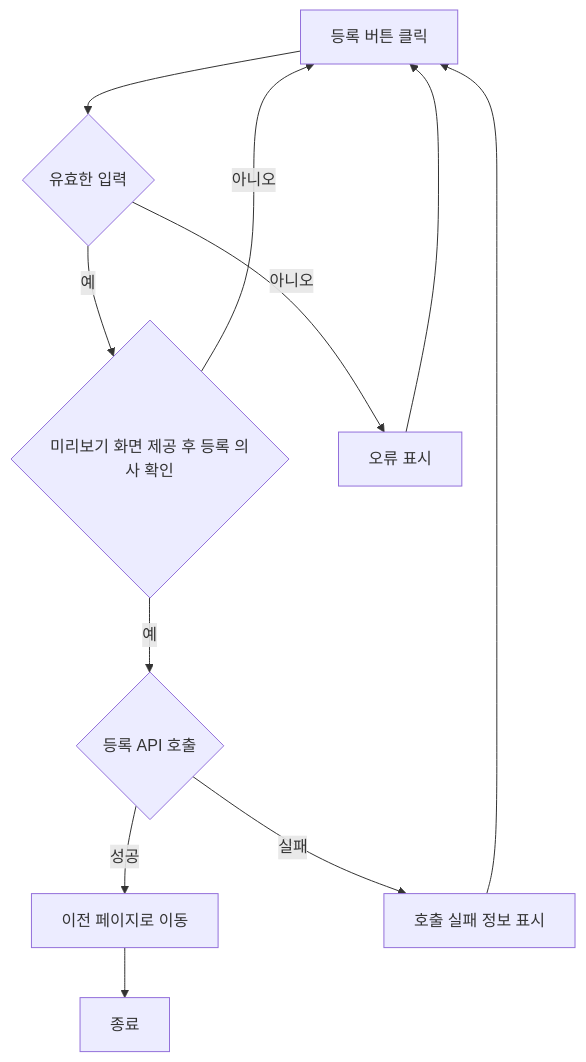
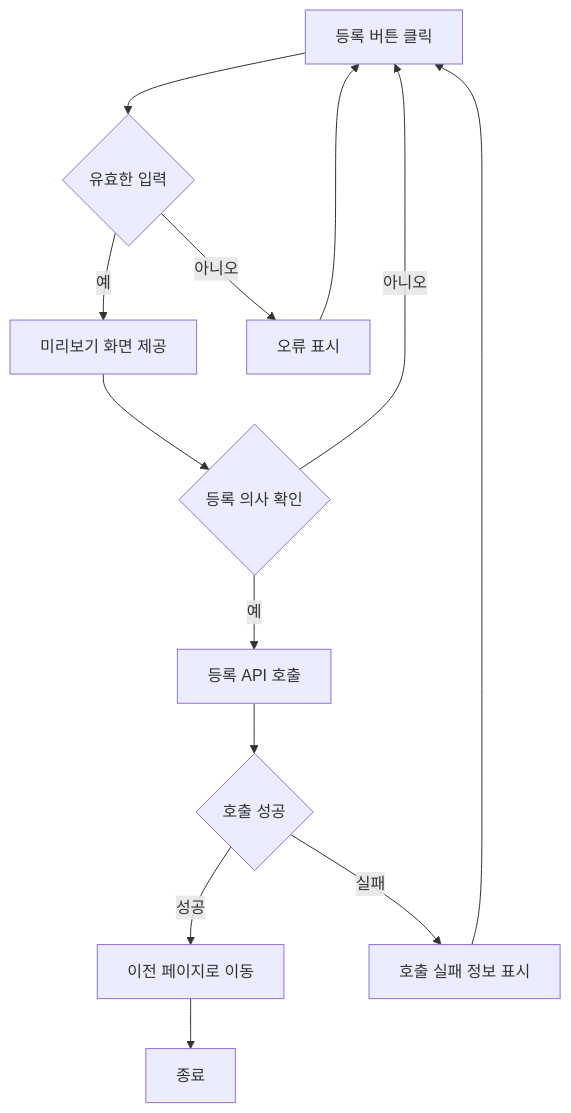
One commit to Dev-FE-2/3_swim_diary changed diagram 22 of 22 in design/기능정의서.md. Above: the diagram before and after it, drawn with Mermaid. The commit also changed other lines of this file, not shown here.

Commit message:
다이어그램수정#2

````diff
--- a/design/기능정의서.md
+++ b/design/기능정의서.md
@@ -589,11 +590,11 @@
     ```mermaid
     flowchart TD
     E[종료]
     A[등록 버튼 클릭] --> B{유효한 입력}
-    B -- 예 --> B1{미리보기 화면 제공 후 등록 의사 확인}
+    B -- 예 --> B1[미리보기 화면 제공] --> B5{등록 의사 확인}
     B -- 아니오 --> B2[오류 표시] --> A
-    B1 -- 예 --> B4{등록 API 호출}
-    B1 -- 아니오 --> A
-    B4 -- 성공 --> C[이전 페이지로 이동] --> E
-    B4 -- 실패 --> B3[호출 실패 정보 표시] --> A
+    B5 -- 예 --> B4[등록 API 호출] --> B6{호출 성공}
+    B5 -- 아니오 --> A
+    B6 -- 성공 --> C[이전 페이지로 이동] --> E
+    B6 -- 실패 --> B3[호출 실패 정보 표시] --> A
     ```
````
